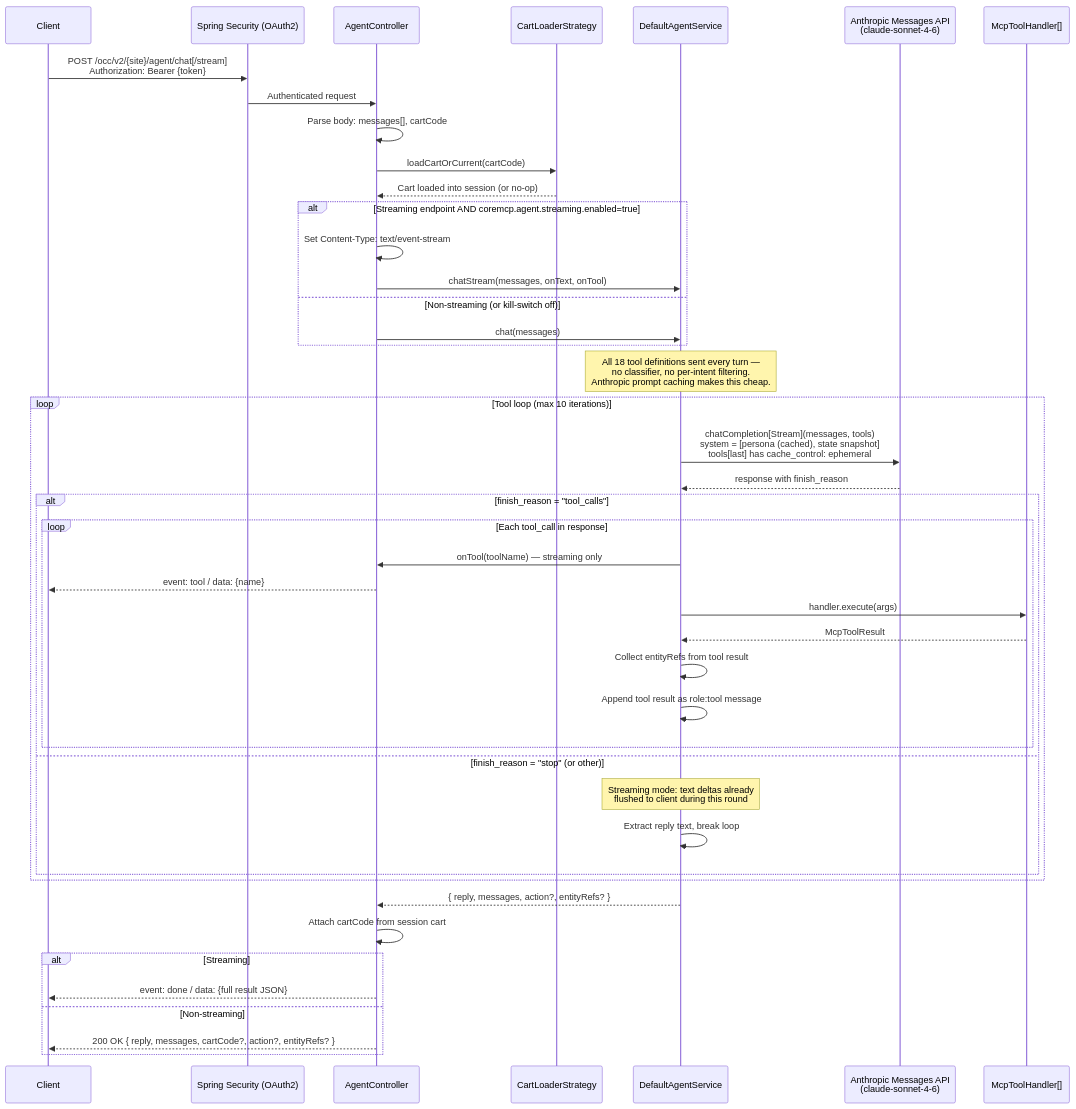
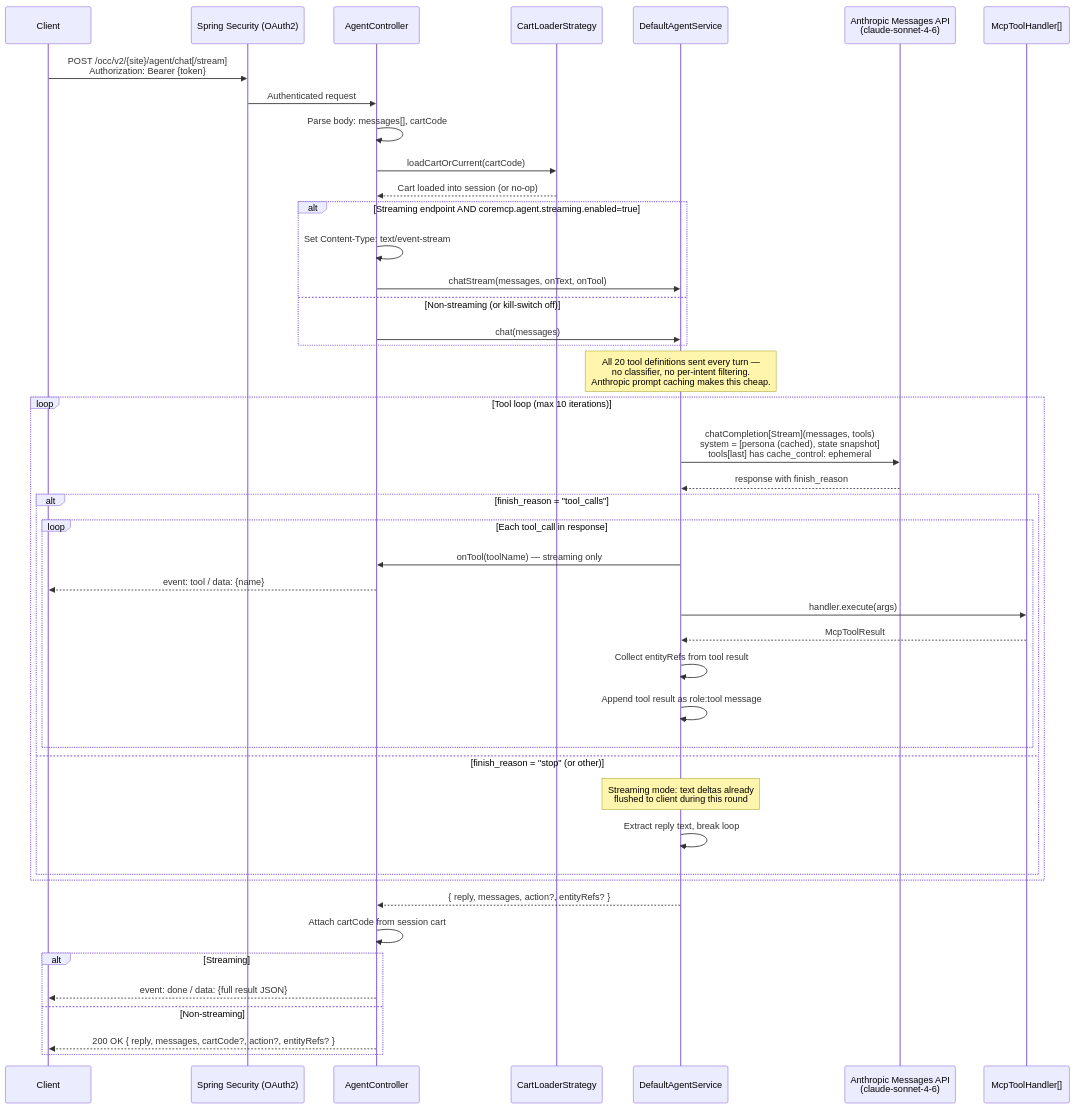
One commit to earlmundorf/practice-llm-starter changed the first of 5 diagrams in mcp/legacy/sap-mcp-server-l/core-customize/hybris/bin/custom/coremcp/docs/agent-chat/diagram.md. Above: the diagram before and after it, drawn with Mermaid. The commit also changed 20 other files, not shown here.

````diff
--- a/mcp/legacy/sap-mcp-server-l/core-customize/hybris/bin/custom/coremcp/docs/agent-chat/diagram.md
+++ b/mcp/legacy/sap-mcp-server-l/core-customize/hybris/bin/custom/coremcp/docs/agent-chat/diagram.md
@@ -7,54 +7,54 @@
 ```mermaid
 sequenceDiagram
     participant Client
     participant OAuth as Spring Security (OAuth2)
     participant Controller as AgentController
     participant Cart as CartLoaderStrategy
     participant Agent as DefaultAgentService
     participant LLM as Anthropic Messages API<br/>(claude-sonnet-4-6)
     participant Tools as McpToolHandler[]
 
     Client->>OAuth: POST /occ/v2/{site}/agent/chat[/stream]<br/>Authorization: Bearer {token}
     OAuth->>Controller: Authenticated request
 
     Controller->>Controller: Parse body: messages[], cartCode
     Controller->>Cart: loadCartOrCurrent(cartCode)
     Cart-->>Controller: Cart loaded into session (or no-op)
 
     alt Streaming endpoint AND coremcp.agent.streaming.enabled=true
         Controller->>Controller: Set Content-Type: text/event-stream
         Controller->>Agent: chatStream(messages, onText, onTool)
     else Non-streaming (or kill-switch off)
         Controller->>Agent: chat(messages)
     end
 
-    Note over Agent: All 18 tool definitions sent every turn —<br/>no classifier, no per-intent filtering.<br/>Anthropic prompt caching makes this cheap.
+    Note over Agent: All 20 tool definitions sent every turn —<br/>no classifier, no per-intent filtering.<br/>Anthropic prompt caching makes this cheap.
 
     loop Tool loop (max 10 iterations)
         Agent->>LLM: chatCompletion[Stream](messages, tools)<br/>system = [persona (cached), state snapshot]<br/>tools[last] has cache_control: ephemeral
         LLM-->>Agent: response with finish_reason
 
         alt finish_reason = "tool_calls"
             loop Each tool_call in response
                 Agent->>Controller: onTool(toolName) — streaming only
                 Controller-->>Client: event: tool / data: {name}
                 Agent->>Tools: handler.execute(args)
                 Tools-->>Agent: McpToolResult
                 Agent->>Agent: Collect entityRefs from tool result
                 Agent->>Agent: Append tool result as role:tool message
             end
         else finish_reason = "stop" (or other)
             Note over Agent: Streaming mode: text deltas already<br/>flushed to client during this round
             Agent->>Agent: Extract reply text, break loop
         end
     end
 
     Agent-->>Controller: { reply, messages, action?, entityRefs? }
     Controller->>Controller: Attach cartCode from session cart
 
     alt Streaming
         Controller-->>Client: event: done / data: {full result JSON}
     else Non-streaming
         Controller-->>Client: 200 OK { reply, messages, cartCode?, action?, entityRefs? }
     end
 ```
````
